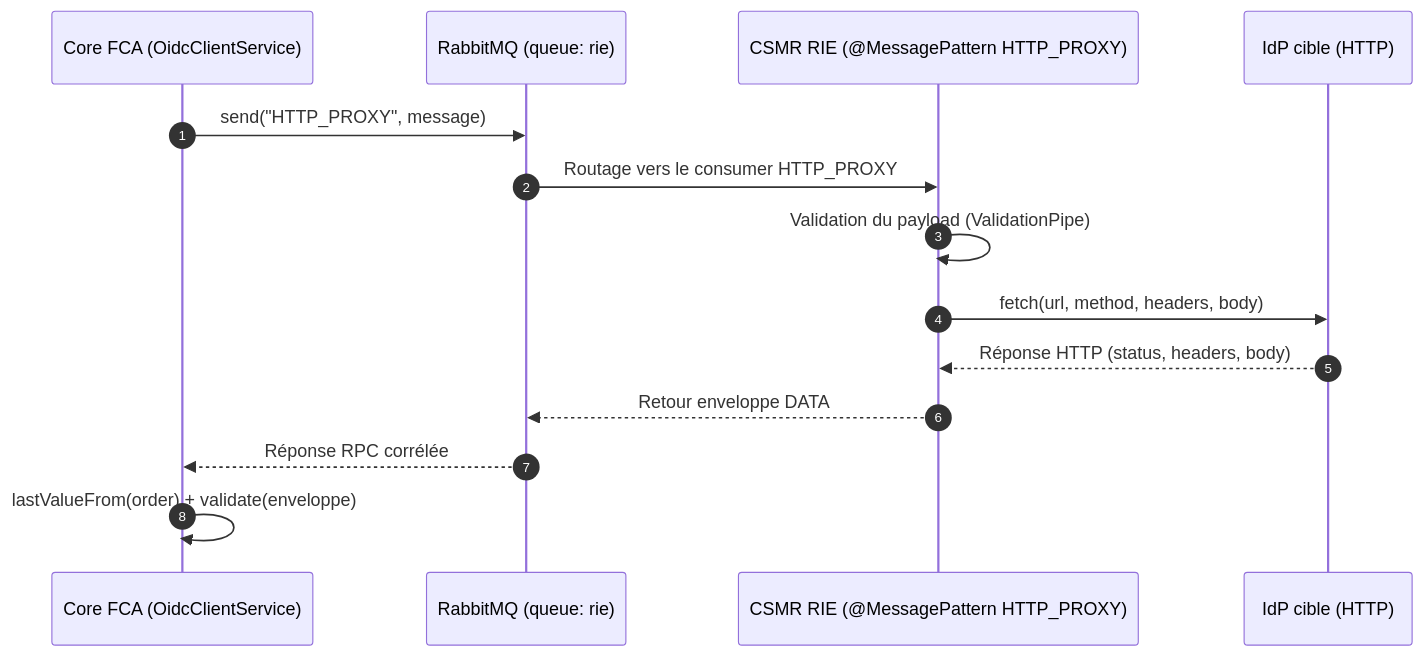
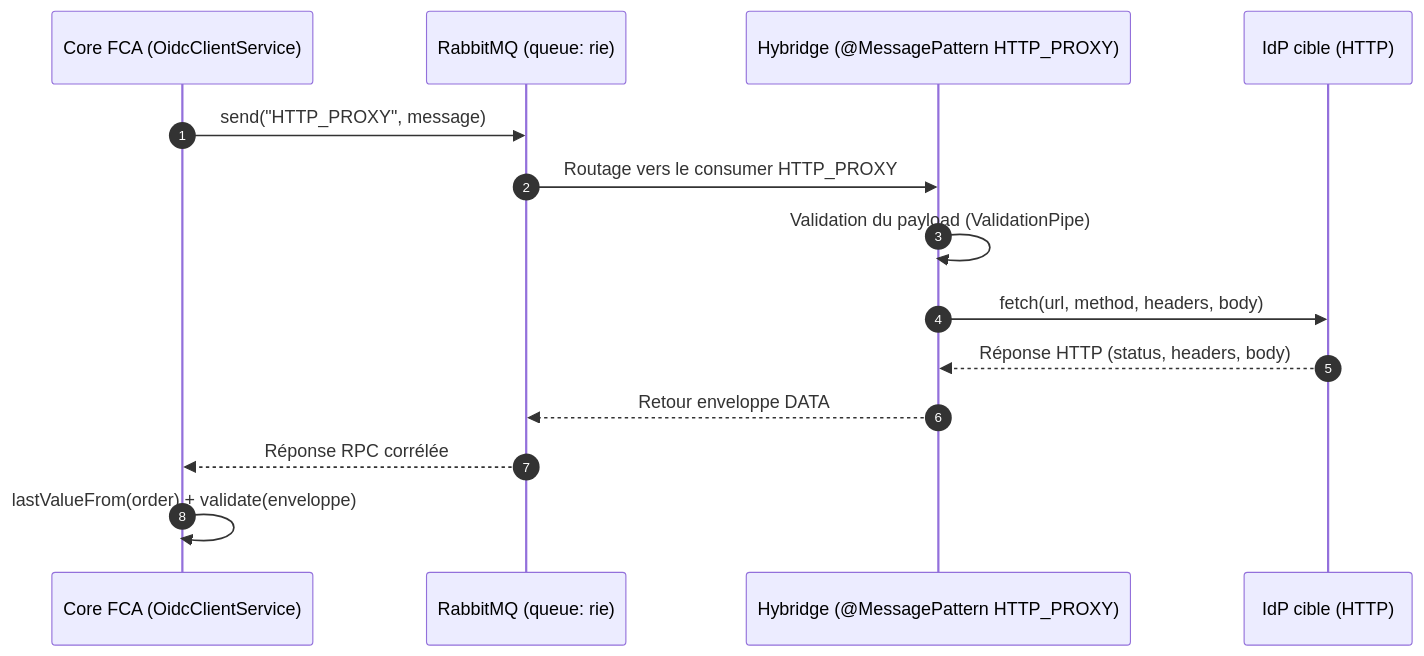
One commit to proconnect-gouv/federation changed the first of 2 diagrams in back/_doc/hyyyperbridge.md. Above: the diagram before and after it, drawn with Mermaid. The commit also changed other lines of this file and 19 other files, not shown here.

First line of the commit message:
♻️ rename csmr-rie to hybridge (#1755)

````diff
--- a/back/_doc/hyyyperbridge.md
+++ b/back/_doc/hyyyperbridge.md
@@ -18,17 +18,17 @@
 ```mermaid
 sequenceDiagram
     autonumber
     participant Core as Core FCA (OidcClientService)
     participant RMQ as RabbitMQ (queue: rie)
-    participant RIE as CSMR RIE (@MessagePattern HTTP_PROXY)
+    participant RIE as Hybridge (@MessagePattern HTTP_PROXY)
     participant IDP as IdP cible (HTTP)
 
     Core->>RMQ: send("HTTP_PROXY", message)
     RMQ->>RIE: Routage vers le consumer HTTP_PROXY
     RIE->>RIE: Validation du payload (ValidationPipe)
     RIE->>IDP: fetch(url, method, headers, body)
     IDP-->>RIE: Réponse HTTP (status, headers, body)
     RIE-->>RMQ: Retour enveloppe DATA
     RMQ-->>Core: Réponse RPC corrélée
     Core->>Core: lastValueFrom(order) + validate(enveloppe)
 ```
````
